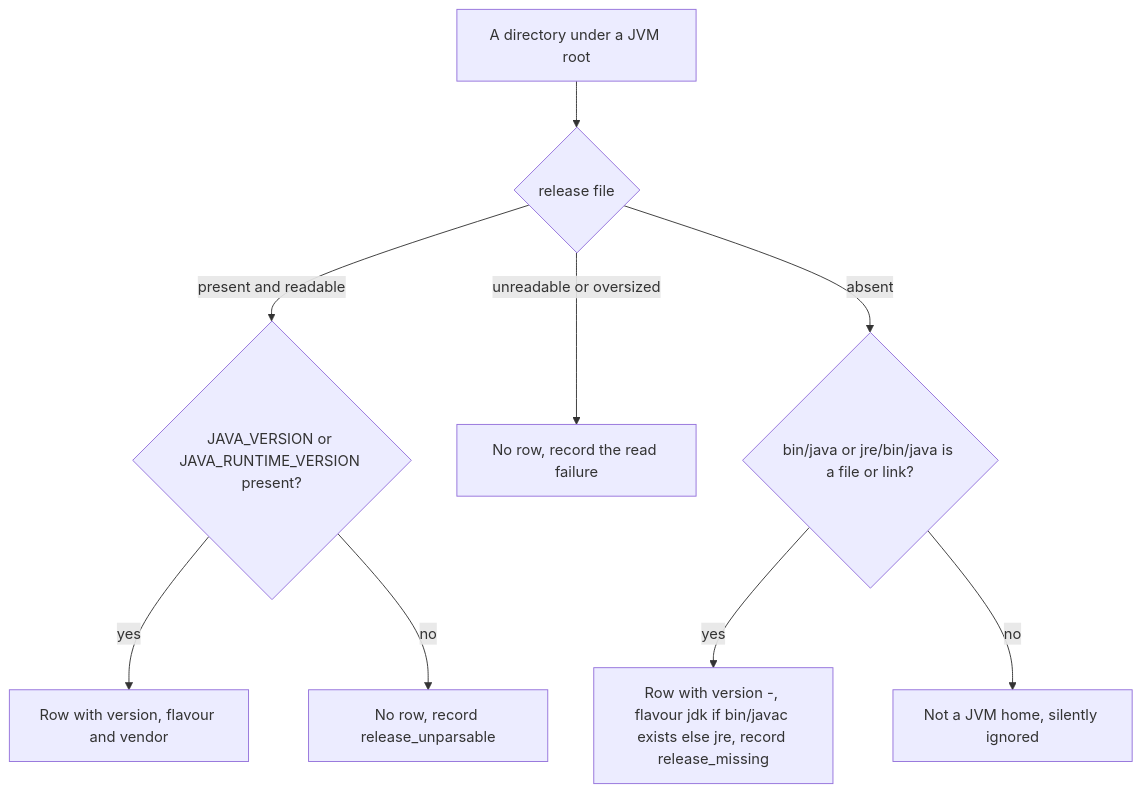
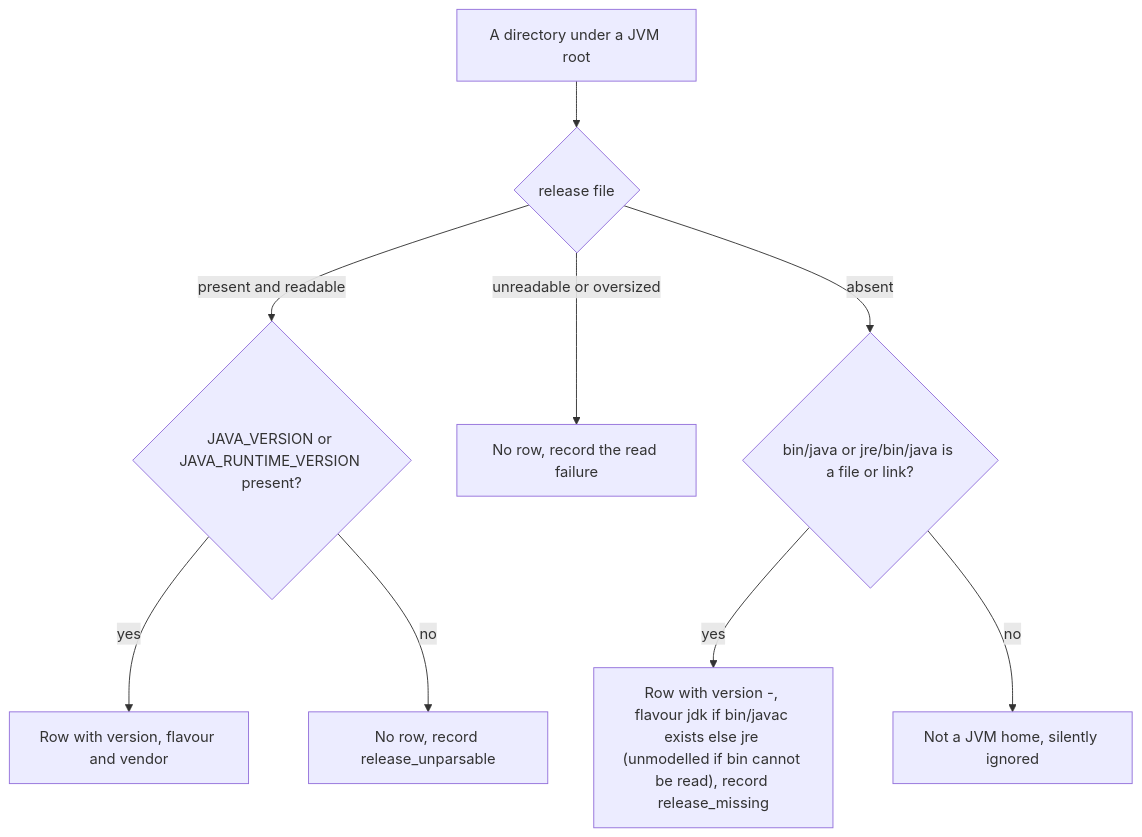
The third of 3 diagrams in agents/plugins/runtimes/README.md (DevNullLtd/Yuzu), drawn with Mermaid before and after one commit. The commit also changed other lines of this file and 11 other files, not shown here.

````diff
--- a/agents/plugins/runtimes/README.md
+++ b/agents/plugins/runtimes/README.md
@@ -67,11 +67,11 @@
 ```mermaid
 flowchart TD
   H[A directory under a JVM root] --> RF{release file}
   RF -- present and readable --> V{JAVA_VERSION or JAVA_RUNTIME_VERSION present?}
   V -- yes --> ROW[Row with version, flavour and vendor]
   V -- no --> UP[No row, record release_unparsable]
   RF -- unreadable or oversized --> RE[No row, record the read failure]
   RF -- absent --> BJ{bin/java or jre/bin/java is a file or link?}
-  BJ -- yes --> RM["Row with version -, flavour jdk if bin/javac exists else jre, record release_missing"]
+  BJ -- yes --> RM["Row with version -, flavour jdk if bin/javac exists else jre (unmodelled if bin cannot be read), record release_missing"]
   BJ -- no --> NH[Not a JVM home, silently ignored]
 ```
````
